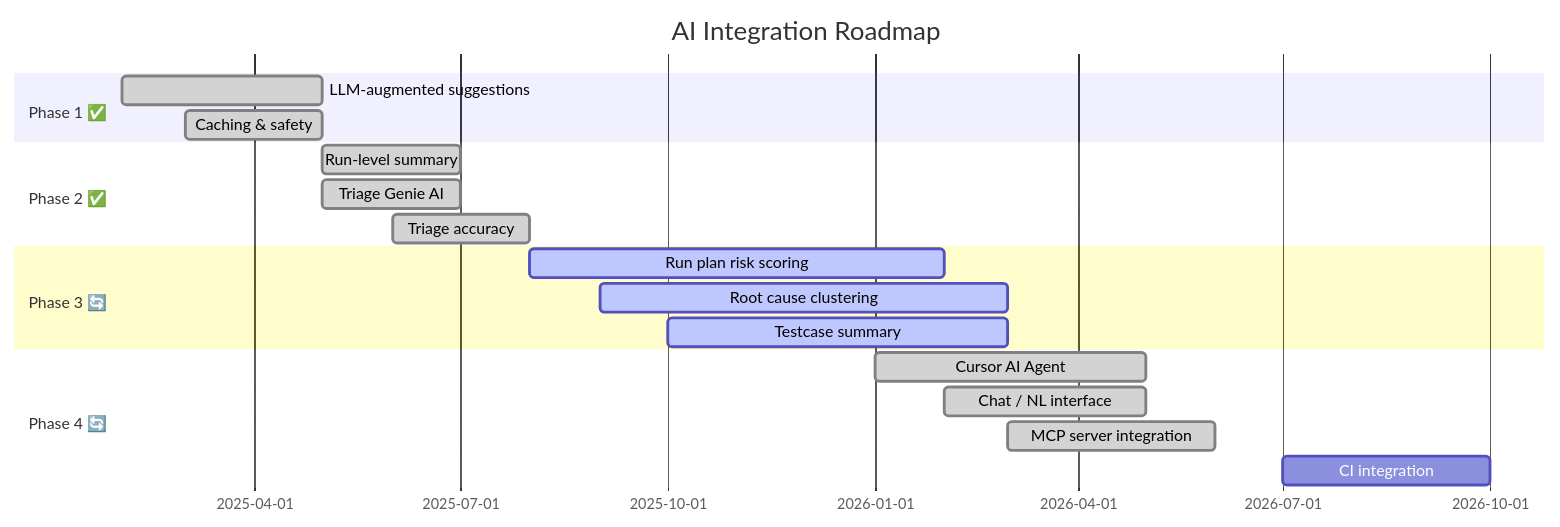
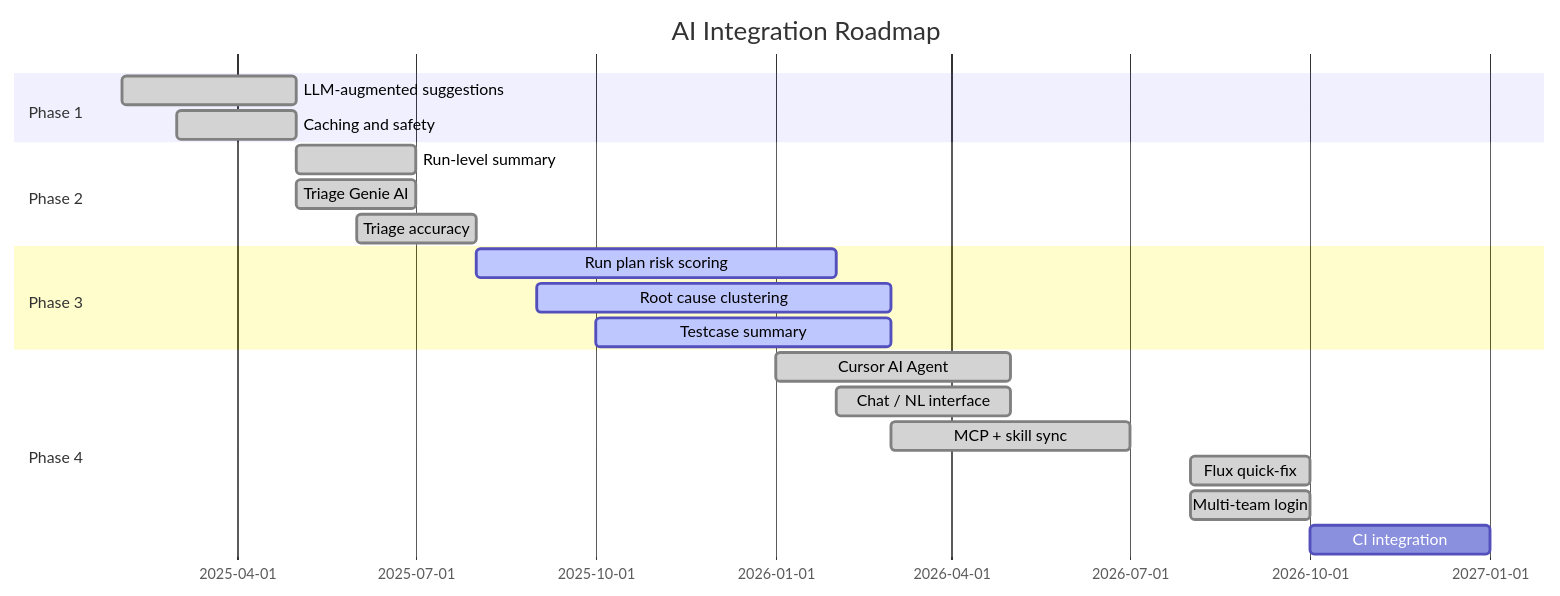
One commit to sudharshan332/RegX-AI changed the seventh of 7 diagrams in PROJECT_DOCUMENTATION_AND_ARCHITECTURE.md. Above: the diagram before and after it, drawn with Mermaid. The commit also changed other lines of this file and 25 other files, not shown here.

````diff
--- a/PROJECT_DOCUMENTATION_AND_ARCHITECTURE.md
+++ b/PROJECT_DOCUMENTATION_AND_ARCHITECTURE.md
@@ -602,21 +609,23 @@
 ```mermaid
 gantt
     title AI Integration Roadmap
     dateFormat YYYY-MM
-    section Phase 1 ✅
+    section Phase 1
     LLM-augmented suggestions     :done, a1, 2025-02, 3M
-    Caching & safety              :done, a2, 2025-03, 2M
-    section Phase 2 ✅
+    Caching and safety            :done, a2, 2025-03, 2M
+    section Phase 2
     Run-level summary             :done, b1, 2025-05, 2M
     Triage Genie AI               :done, b2, 2025-05, 2M
     Triage accuracy               :done, b3, 2025-06, 2M
-    section Phase 3 🔄
+    section Phase 3
     Run plan risk scoring         :active, c1, 2025-08, 6M
     Root cause clustering         :active, c2, 2025-09, 6M
     Testcase summary              :active, c3, 2025-10, 5M
-    section Phase 4 🔄
+    section Phase 4
     Cursor AI Agent               :done, d1, 2026-01, 4M
     Chat / NL interface           :done, d2, 2026-02, 3M
-    MCP server integration        :done, d3, 2026-03, 3M
-    CI integration                :d4, 2026-07, 3M
+    MCP + skill sync              :done, d3, 2026-03, 4M
+    Flux quick-fix                :done, d5, 2026-08, 2M
+    Multi-team login              :done, d6, 2026-08, 2M
+    CI integration                :d4, 2026-10, 3M
 ```
````
